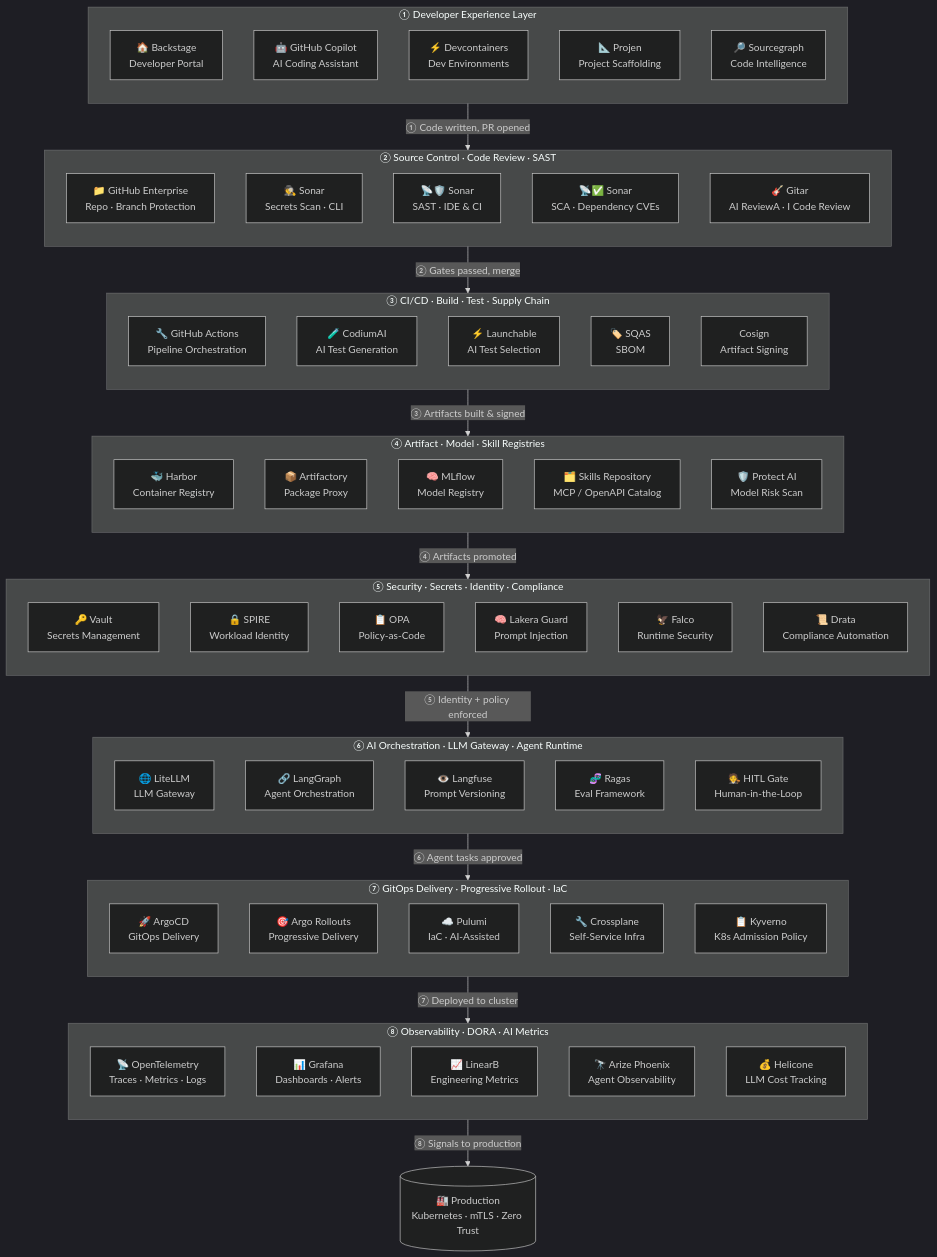
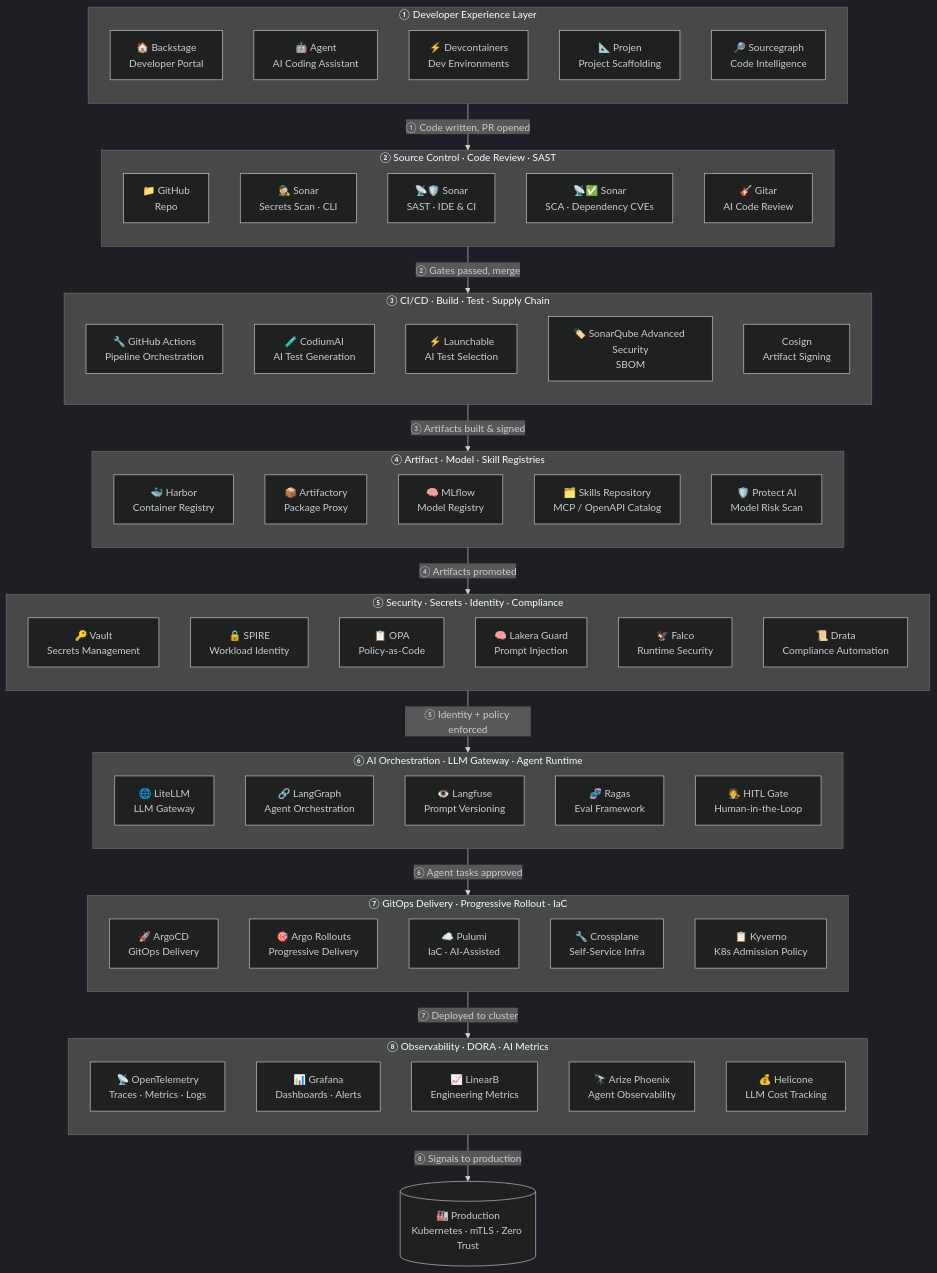
Before and after one commit to jim-halkyard-sonarsource/notes: the second of 2 diagrams in IDP/README.md, drawn with Mermaid (dark theme). The commit also changed other lines of this file, not shown here.

```diff
--- a/IDP/README.md
+++ b/IDP/README.md
@@ -65,7 +65,7 @@
     subgraph DEV["① Developer Experience Layer"]
         direction TD
         Backstage["🏠 Backstage\nDeveloper Portal"]
-        Copilot["🤖 GitHub Copilot\nAI Coding Assistant"]
+        Agent["🤖 Agent\nAI Coding Assistant"]
         Devcontainers["⚡ Devcontainers\nDev Environments"]
         Projen["📐 Projen\nProject Scaffolding"]
         Sourcegraph["🔎 Sourcegraph\nCode Intelligence"]
@@ -73,11 +73,11 @@
 
     subgraph SCM["② Source Control · Code Review · SAST"]
         direction TD
-        GitHub["📁 GitHub Enterprise\nRepo · Branch Protection"]
+        GitHub["📁 GitHub\nRepo"]
         SonarSec["🕵️ Sonar\nSecrets Scan · CLI"]
         SonarSAST["📡🛡️ Sonar\nSAST · IDE & CI"]
         SonarSCA["📡✅ Sonar\nSCA · Dependency CVEs"]
-        Gitar["🎸 Gitar\nAI ReviewA · I Code Review"]
+        Gitar["🎸 Gitar\nAI Code Review"]
     end
 
     subgraph CICD["③ CI/CD · Build · Test · Supply Chain"]
@@ -85,7 +85,7 @@
         GHActions["🔧 GitHub Actions\nPipeline Orchestration"]
         CodiumAI["🧪 CodiumAI\nAI Test Generation"]
         Launchable["⚡ Launchable\nAI Test Selection"]
-        SonarSBOM["🏷️ SQAS\nSBOM"]
+        SonarSBOM["🏷️ SonarQube Advanced Security\nSBOM"]
         Sign["Cosign\nArtifact Signing"]
     end
 
```
